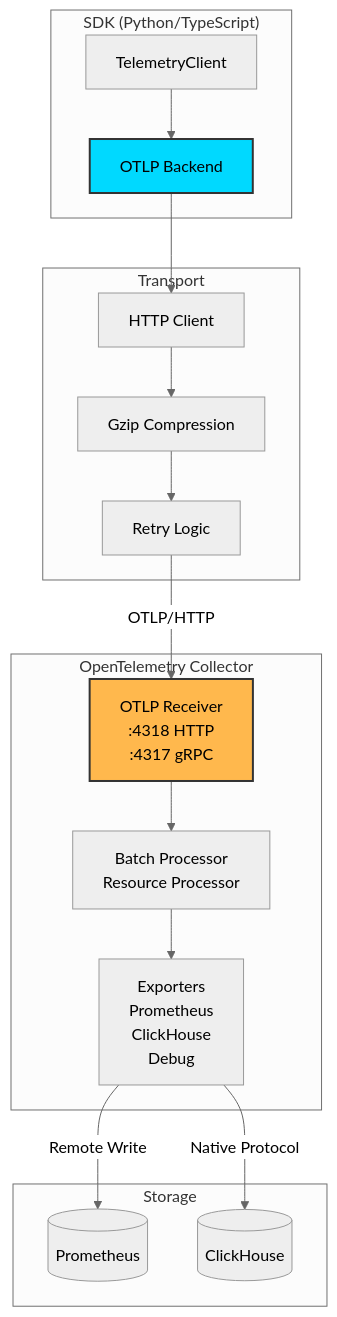
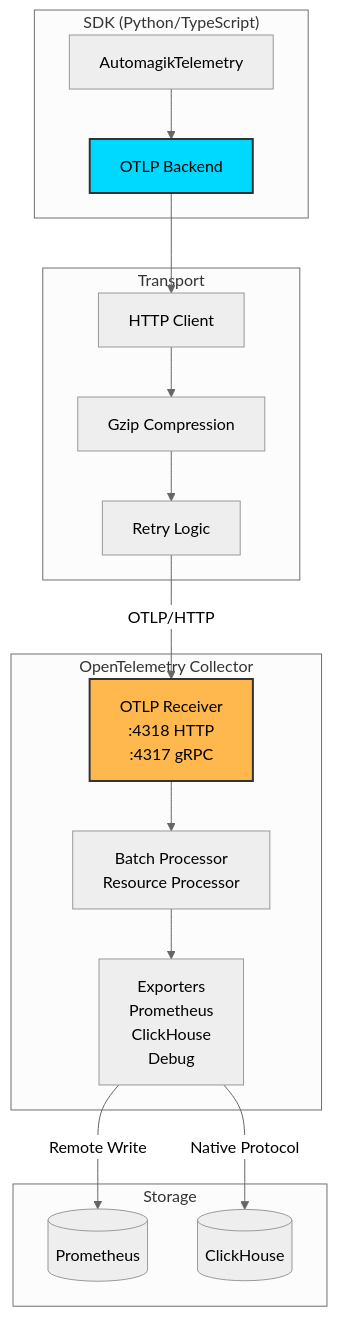
Before and after one commit to namastexlabs/automagik-telemetry: diagram 12 of 21 in docs/DEVELOPER_GUIDES/ARCHITECTURE.md, drawn with Mermaid (neutral theme). The commit also changed other lines of this file and 10 other files, not shown here.

````diff
--- a/docs/DEVELOPER_GUIDES/ARCHITECTURE.md
+++ b/docs/DEVELOPER_GUIDES/ARCHITECTURE.md
@@ -461,38 +461,38 @@
 ```mermaid
 graph TB
     subgraph "SDK (Python/TypeScript)"
-        CLIENT[TelemetryClient]
+        CLIENT[AutomagikTelemetry]
         OTLP_BACKEND[OTLP Backend]
     end
 
     subgraph "Transport"
         HTTP_CLIENT[HTTP Client]
         COMPRESSION[Gzip Compression]
         RETRY[Retry Logic]
     end
 
     subgraph "OpenTelemetry Collector"
         RECEIVER[OTLP Receiver<br/>:4318 HTTP<br/>:4317 gRPC]
         PROCESSOR[Batch Processor<br/>Resource Processor]
         EXPORTER[Exporters<br/>Prometheus<br/>ClickHouse<br/>Debug]
     end
 
     subgraph "Storage"
         PROMETHEUS[(Prometheus)]
         CLICKHOUSE[(ClickHouse)]
     end
 
     CLIENT --> OTLP_BACKEND
     OTLP_BACKEND --> HTTP_CLIENT
     HTTP_CLIENT --> COMPRESSION
     COMPRESSION --> RETRY
     RETRY -->|OTLP/HTTP| RECEIVER
 
     RECEIVER --> PROCESSOR
     PROCESSOR --> EXPORTER
     EXPORTER -->|Remote Write| PROMETHEUS
     EXPORTER -->|Native Protocol| CLICKHOUSE
 
     style OTLP_BACKEND fill:#00D9FF,stroke:#333,stroke-width:2px
     style RECEIVER fill:#FFB84D,stroke:#333,stroke-width:2px
 ```
````
